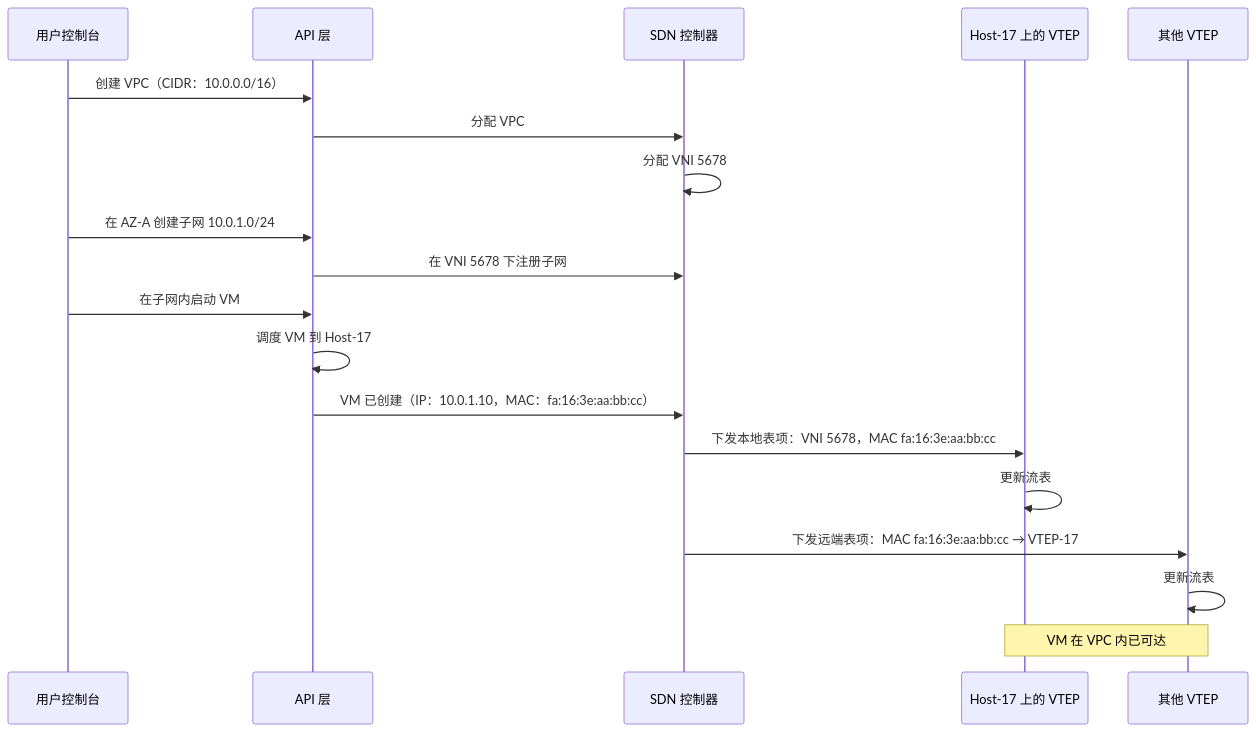
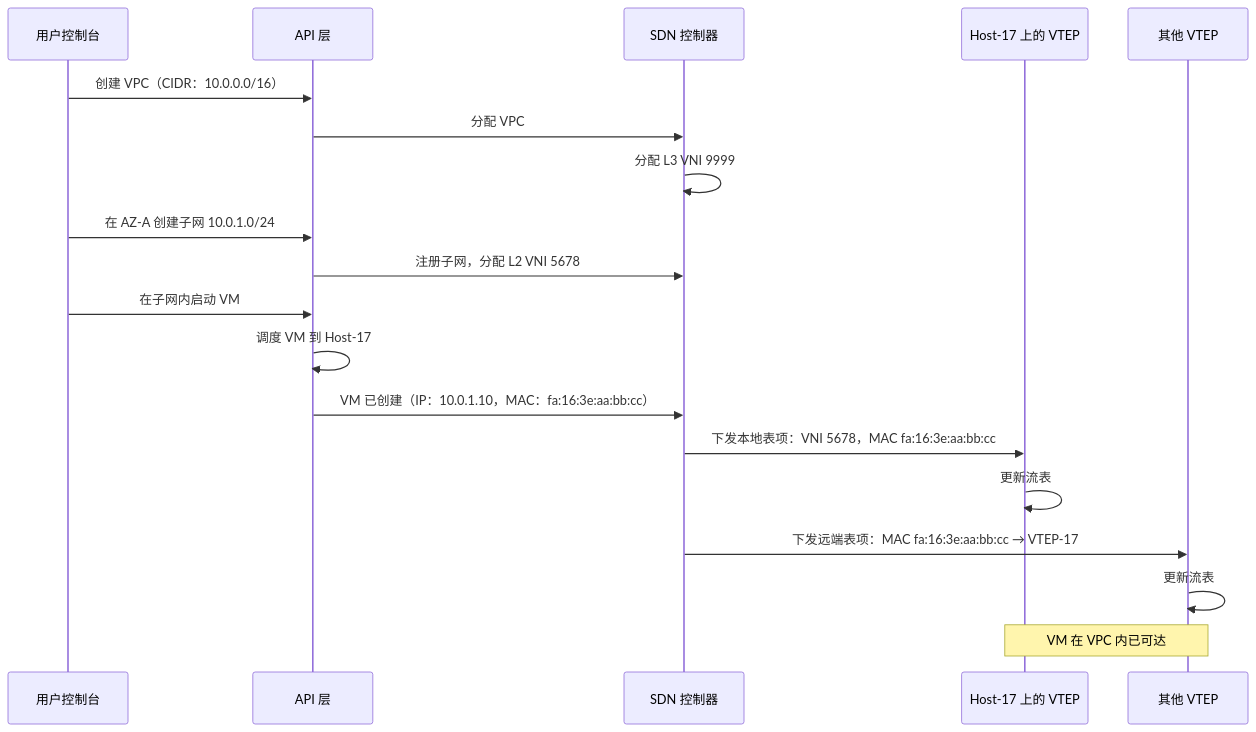
One commit to caozhiyi/network-book changed the fourth of 4 diagrams in docs/07.VPC是什么从网络技术到云产品.md. Above: the diagram before and after it, drawn with Mermaid. The commit also changed other lines of this file and 44 other files, not shown here.

Commit message:
optimize chapter content, add copyright/social links and schema overrides.

````diff
--- a/docs/07.VPC是什么从网络技术到云产品.md
+++ b/docs/07.VPC是什么从网络技术到云产品.md
@@ -216,27 +217,27 @@
 ```mermaid
 sequenceDiagram
     participant User as 用户控制台
     participant API as API 层
     participant SDN as SDN 控制器
     participant VTEP1 as Host-17 上的 VTEP
     participant VTEP2 as 其他 VTEP
 
     User->>API: 创建 VPC（CIDR：10.0.0.0/16）
     API->>SDN: 分配 VPC
-    SDN->>SDN: 分配 VNI 5678
+    SDN->>SDN: 分配 L3 VNI 9999
 
     User->>API: 在 AZ-A 创建子网 10.0.1.0/24
-    API->>SDN: 在 VNI 5678 下注册子网
+    API->>SDN: 注册子网，分配 L2 VNI 5678
 
     User->>API: 在子网内启动 VM
     API->>API: 调度 VM 到 Host-17
     API->>SDN: VM 已创建（IP：10.0.1.10，MAC：fa:16:3e:aa:bb:cc）
 
     SDN->>VTEP1: 下发本地表项：VNI 5678，MAC fa:16:3e:aa:bb:cc
     VTEP1->>VTEP1: 更新流表
 
     SDN->>VTEP2: 下发远端表项：MAC fa:16:3e:aa:bb:cc → VTEP-17
     VTEP2->>VTEP2: 更新流表
 
     Note over VTEP1,VTEP2: VM 在 VPC 内已可达
 ```
````
